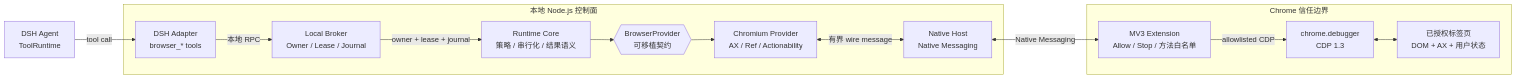
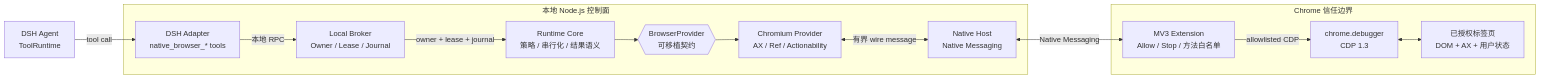
Before and after one commit to longmiaoo/dsh-native-browser: the first of 7 diagrams in docs/current-implementation.zh-CN.md, drawn with Mermaid. The commit also changed other lines of this file and 32 other files, not shown here.

Commit message:
feat(tools): isolate native browser namespace

```diff
--- a/docs/current-implementation.zh-CN.md
+++ b/docs/current-implementation.zh-CN.md
@@ -40,28 +40,28 @@
 ~~~mermaid
 flowchart LR
     Agent[DSH Agent<br/>ToolRuntime]
 
     subgraph Node[本地 Node.js 控制面]
-        Adapter[DSH Adapter<br/>browser_* tools]
+        Adapter[DSH Adapter<br/>native_browser_* tools]
         Broker[Local Broker<br/>Owner / Lease / Journal]
         Runtime[Runtime Core<br/>策略 / 串行化 / 结果语义]
         Contract{{BrowserProvider<br/>可移植契约}}
         Provider[Chromium Provider<br/>AX / Ref / Actionability]
         Host[Native Host<br/>Native Messaging]
     end
 
     subgraph Chrome[Chrome 信任边界]
         Extension[MV3 Extension<br/>Allow / Stop / 方法白名单]
         Debugger[chrome.debugger<br/>CDP 1.3]
         Page[已授权标签页<br/>DOM + AX + 用户状态]
     end
 
     Agent -->|tool call| Adapter
     Adapter -->|本地 RPC| Broker
     Broker -->|owner + lease + journal| Runtime
     Runtime --> Contract --> Provider
     Provider <-->|有界 wire message| Host
     Host <-->|Native Messaging| Extension
     Extension -->|allowlisted CDP| Debugger
     Debugger <--> Page
 ~~~
```
